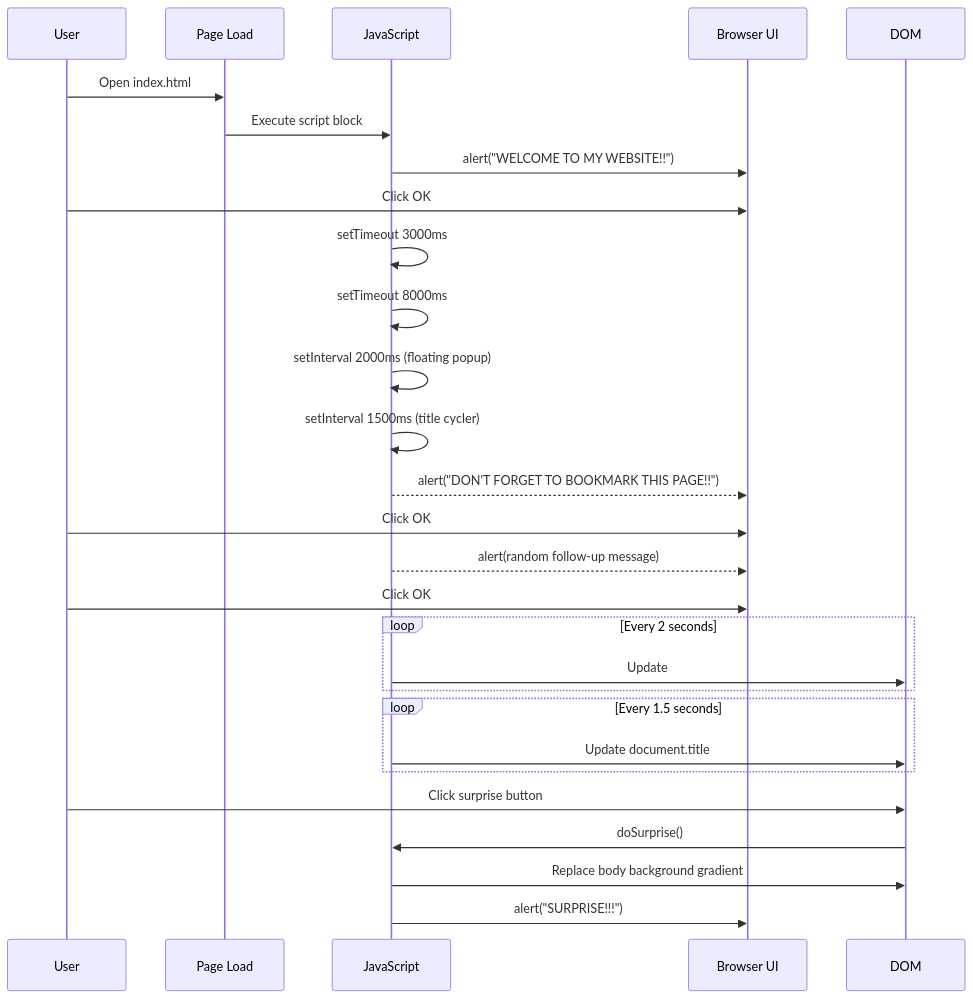
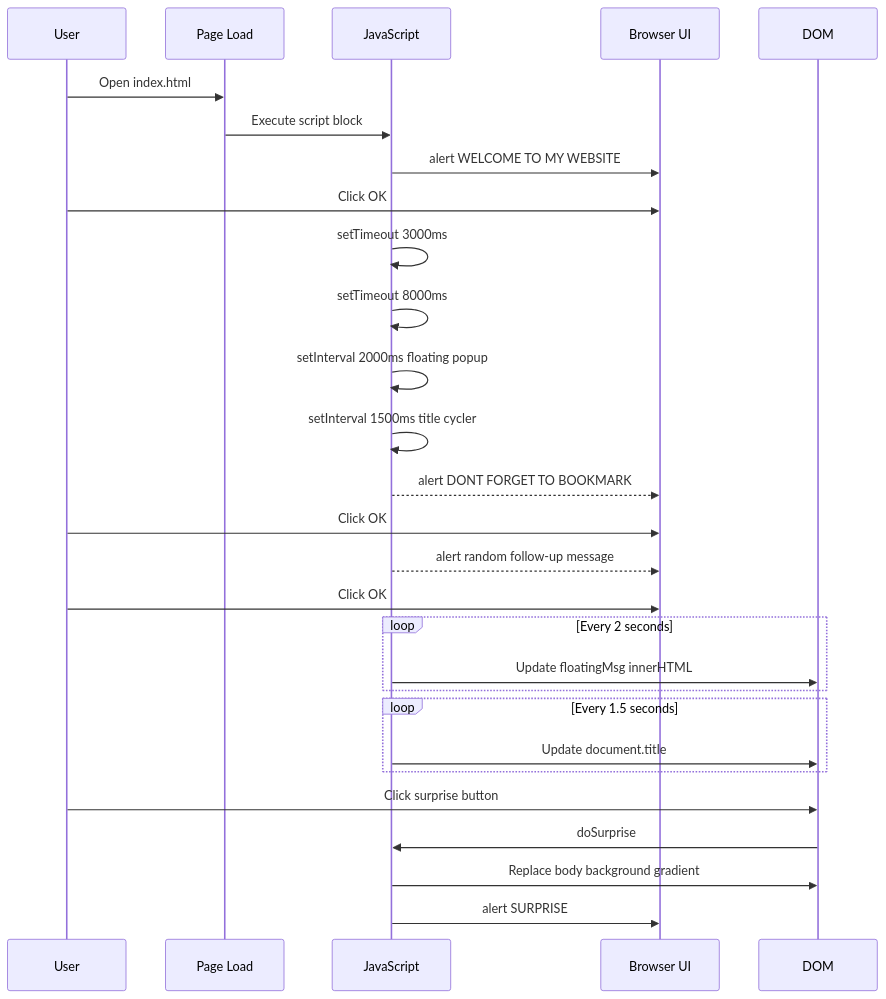
The third of 4 diagrams in README.md (sarang-cmd/best-website-hosted-on-earth), drawn with Mermaid before and after one commit. The commit also changed other lines of this file, not shown here.

````diff
--- a/README.md
+++ b/README.md
@@ -395,35 +686,35 @@
 ```mermaid
 sequenceDiagram
     participant U as User
     participant P as Page Load
     participant J as JavaScript
     participant B as Browser UI
     participant D as DOM
 
     U->>P: Open index.html
     P->>J: Execute script block
-    J->>B: alert("WELCOME TO MY WEBSITE!!")
+    J->>B: alert WELCOME TO MY WEBSITE
     U->>B: Click OK
     J->>J: setTimeout 3000ms
     J->>J: setTimeout 8000ms
-    J->>J: setInterval 2000ms (floating popup)
-    J->>J: setInterval 1500ms (title cycler)
+    J->>J: setInterval 2000ms floating popup
+    J->>J: setInterval 1500ms title cycler
 
-    J-->>B: alert("DON'T FORGET TO BOOKMARK THIS PAGE!!")
+    J-->>B: alert DONT FORGET TO BOOKMARK
     U->>B: Click OK
-    J-->>B: alert(random follow-up message)
+    J-->>B: alert random follow-up message
     U->>B: Click OK
 
     loop Every 2 seconds
-        J->>D: Update #floatingMsg.innerHTML
+        J->>D: Update floatingMsg innerHTML
     end
 
     loop Every 1.5 seconds
         J->>D: Update document.title
     end
 
     U->>D: Click surprise button
-    D->>J: doSurprise()
+    D->>J: doSurprise
     J->>D: Replace body background gradient
-    J->>B: alert("SURPRISE!!!")
+    J->>B: alert SURPRISE
 ```
````
